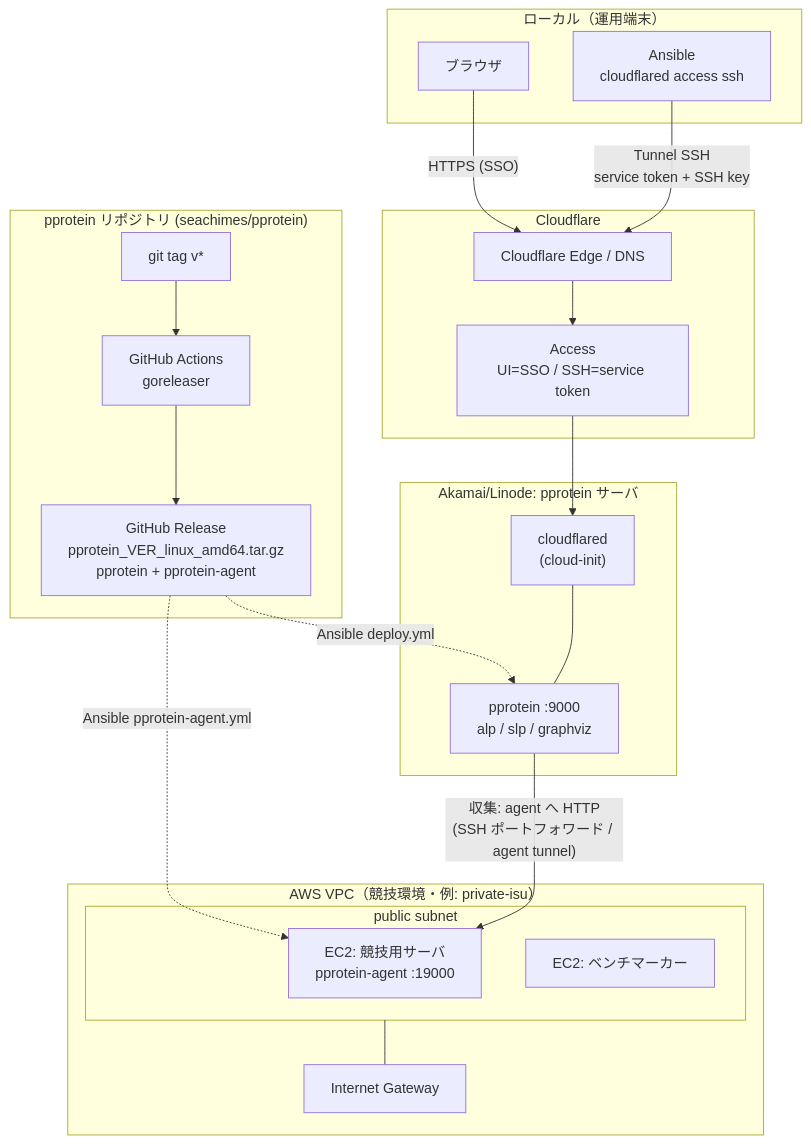
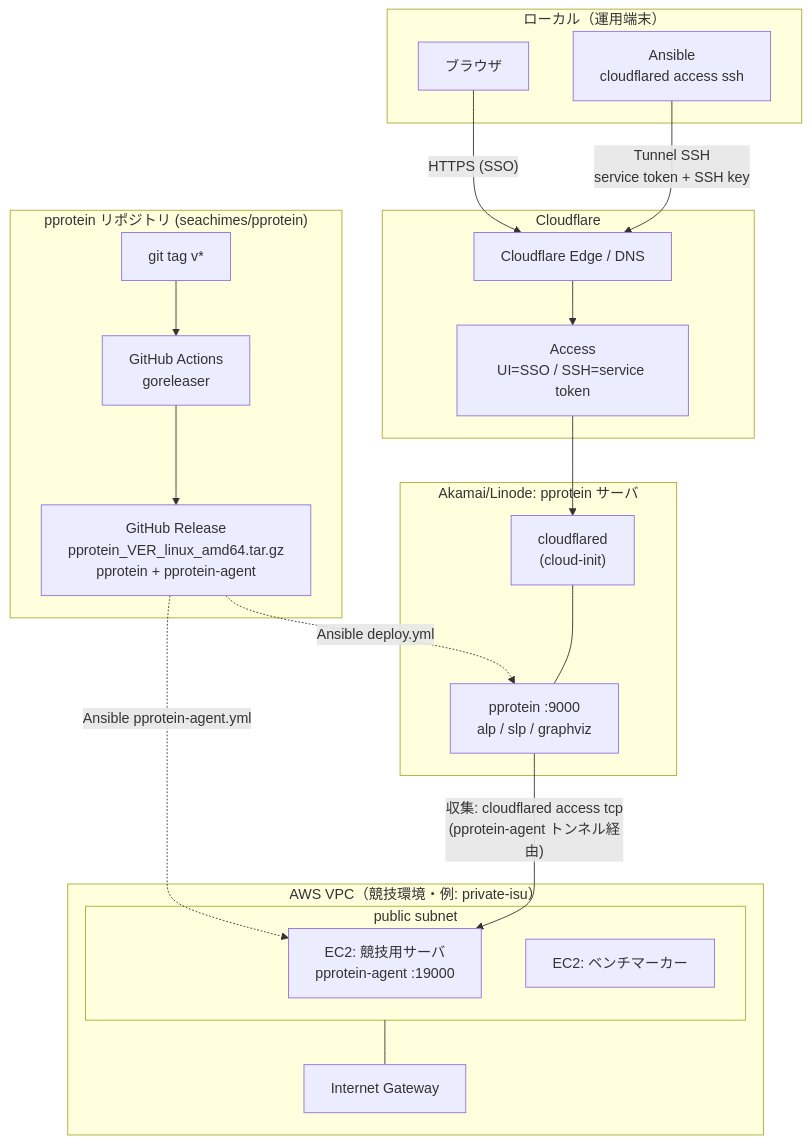
Before and after one commit to seachimes/isucon-cheatsheet: the diagram in docs/measurement-architecture.md, drawn with Mermaid. The commit also changed other lines of this file and 11 other files, not shown here.

````diff
--- a/docs/measurement-architecture.md
+++ b/docs/measurement-architecture.md
@@ -36,41 +36,41 @@
 ```mermaid
 flowchart TB
   subgraph repo["pprotein リポジトリ (seachimes/pprotein)"]
     tag["git tag v*"] --> gha["GitHub Actions<br/>goreleaser"]
     gha --> rel["GitHub Release<br/>pprotein_VER_linux_amd64.tar.gz<br/>pprotein + pprotein-agent"]
   end
 
   subgraph ctrl["ローカル（運用端末）"]
     ansible["Ansible<br/>cloudflared access ssh"]
     browser["ブラウザ"]
   end
 
   subgraph cf["Cloudflare"]
     edge["Cloudflare Edge / DNS"]
     access["Access<br/>UI=SSO / SSH=service token"]
   end
 
   subgraph linode["Akamai/Linode: pprotein サーバ"]
     cfds["cloudflared<br/>(cloud-init)"]
     ppro["pprotein :9000<br/>alp / slp / graphviz"]
   end
 
   subgraph aws["AWS VPC（競技環境・例: private-isu）"]
     igw["Internet Gateway"]
     subgraph subnet["public subnet"]
       app["EC2: 競技用サーバ<br/>pprotein-agent :19000"]
       bench["EC2: ベンチマーカー"]
     end
   end
 
   rel -. "Ansible deploy.yml" .-> ppro
   rel -. "Ansible pprotein-agent.yml" .-> app
 
   browser -->|"HTTPS (SSO)"| edge
   ansible -->|"Tunnel SSH<br/>service token + SSH key"| edge
   edge --> access --> cfds
   cfds --- ppro
 
-  ppro -->|"収集: agent へ HTTP<br/>(SSH ポートフォワード / agent tunnel)"| app
+  ppro -->|"収集: cloudflared access tcp<br/>(pprotein-agent トンネル経由)"| app
   subnet --- igw
 ```
````
